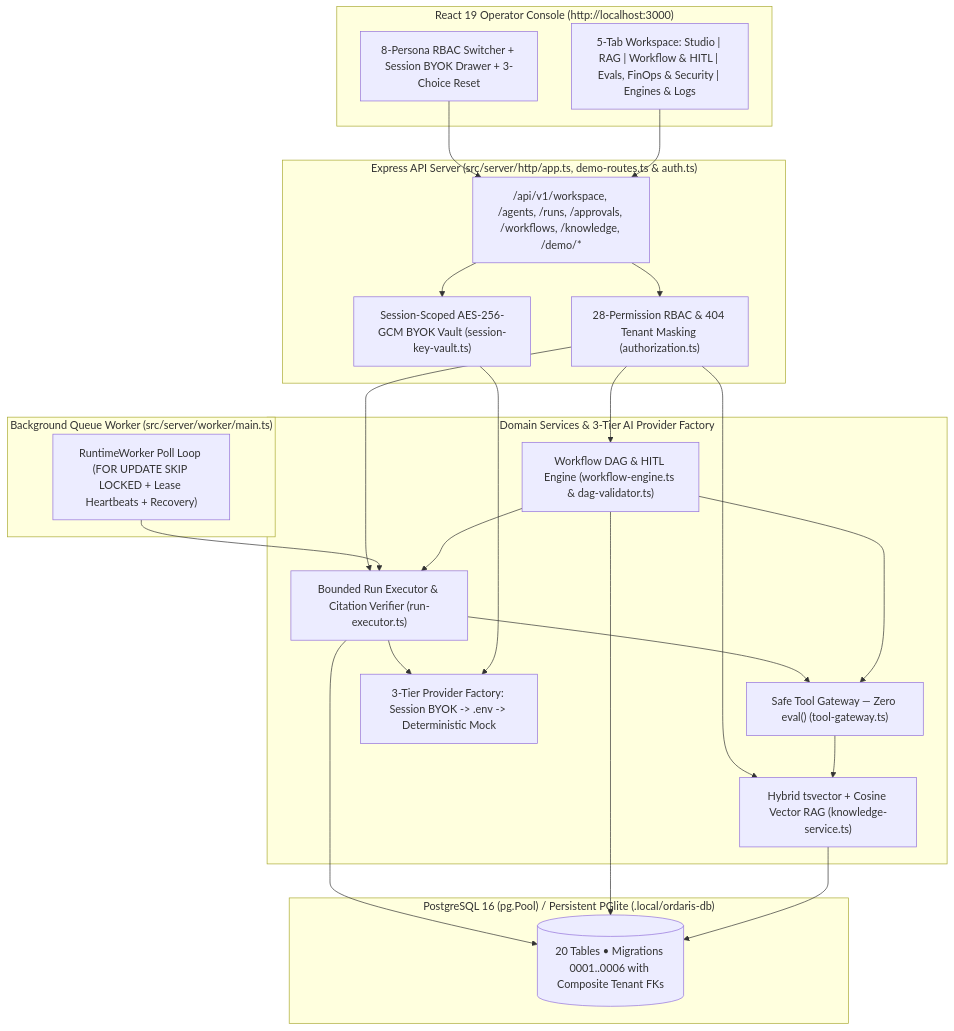
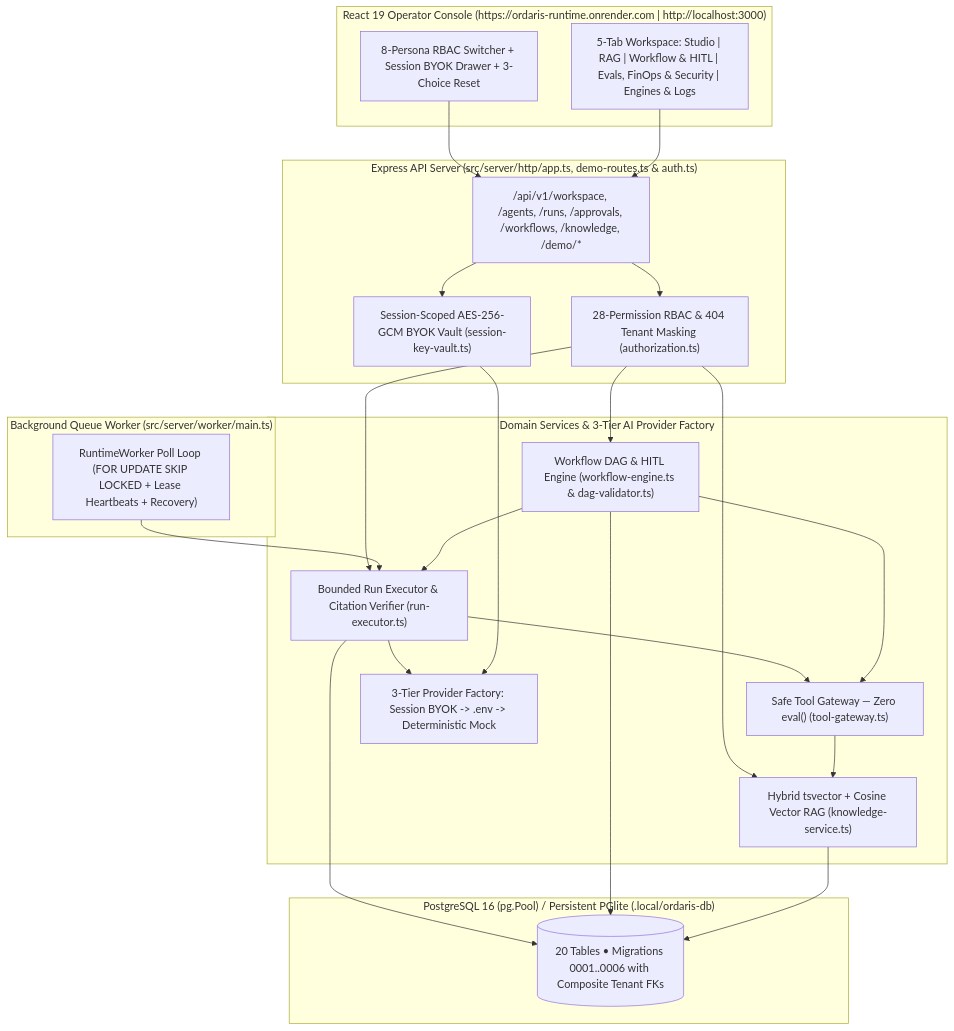
One commit to KratX/multi-ai-agent-orchestration changed the diagram in README.md. Above: the diagram before and after it, drawn with Mermaid. The commit also changed other lines of this file and 6 other files, not shown here.

````diff
--- a/README.md
+++ b/README.md
@@ -69,39 +113,39 @@
 ```mermaid
 flowchart TB
-  subgraph Browser["React 19 Operator Console (http://localhost:3000)"]
+  subgraph Browser["React 19 Operator Console (https://ordaris-runtime.onrender.com | http://localhost:3000)"]
     HEADER["8-Persona RBAC Switcher + Session BYOK Drawer + 3-Choice Reset"]
     TABS["5-Tab Workspace: Studio | RAG | Workflow & HITL | Evals, FinOps & Security | Engines & Logs"]
   end
 
   subgraph Server["Express API Server (src/server/http/app.ts, demo-routes.ts & auth.ts)"]
     ROUTES["/api/v1/workspace, /agents, /runs, /approvals, /workflows, /knowledge, /demo/*"]
     AUTHZ["28-Permission RBAC & 404 Tenant Masking (authorization.ts)"]
     VAULT["Session-Scoped AES-256-GCM BYOK Vault (session-key-vault.ts)"]
   end
 
   subgraph Worker["Background Queue Worker (src/server/worker/main.ts)"]
     LOOP["RuntimeWorker Poll Loop (FOR UPDATE SKIP LOCKED + Lease Heartbeats + Recovery)"]
   end
 
   subgraph Engines["Domain Services & 3-Tier AI Provider Factory"]
     RUN["Bounded Run Executor & Citation Verifier (run-executor.ts)"]
     WF["Workflow DAG & HITL Engine (workflow-engine.ts & dag-validator.ts)"]
     TG["Safe Tool Gateway — Zero eval() (tool-gateway.ts)"]
     RAG["Hybrid tsvector + Cosine Vector RAG (knowledge-service.ts)"]
     AI["3-Tier Provider Factory: Session BYOK -> .env -> Deterministic Mock"]
   end
 
   subgraph Storage["PostgreSQL 16 (pg.Pool) / Persistent PGlite (.local/ordaris-db)"]
     DB[("20 Tables • Migrations 0001..0006 with Composite Tenant FKs")]
   end
 
   HEADER & TABS --> ROUTES
   ROUTES --> AUTHZ & VAULT
   AUTHZ --> RUN & WF & RAG
   LOOP --> RUN
   RUN --> TG & AI & DB
   VAULT --> AI
   WF --> RUN & TG & DB
   TG --> RAG
   RAG --> DB
 ```
````
